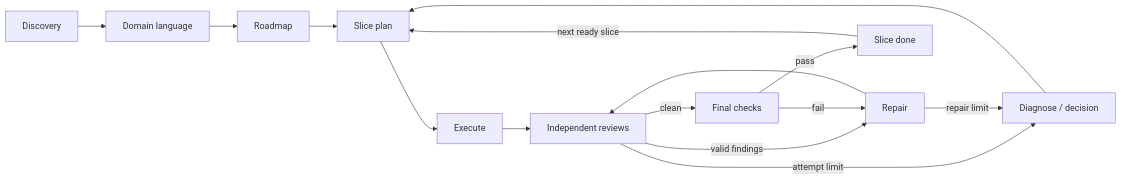
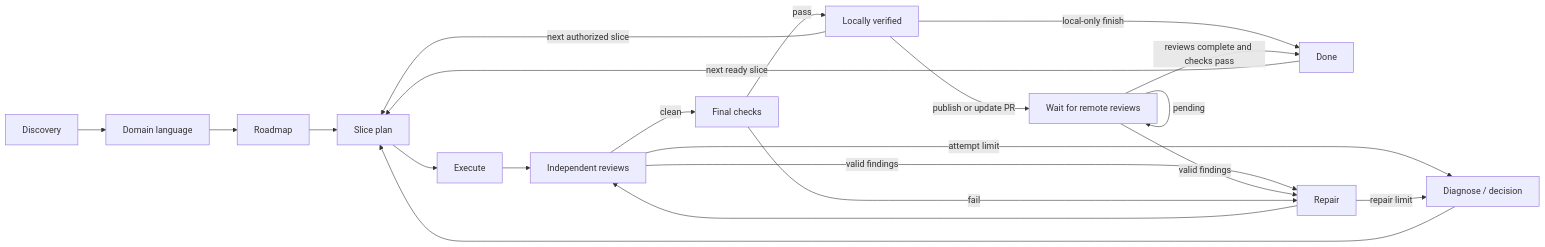
One commit to alex-bako/workflow changed the diagram in README.md. Above: the diagram before and after it, drawn with Mermaid. The commit also changed other lines of this file and 12 other files, not shown here.

````diff
--- a/README.md
+++ b/README.md
@@ -136,17 +143,23 @@
 ```mermaid
 flowchart LR
   D[Discovery] --> U[Domain language]
   U --> R[Roadmap]
   R --> P[Slice plan]
   P --> E[Execute]
   E --> V[Independent reviews]
   V -->|clean| T[Final checks]
   V -->|valid findings| F[Repair]
   F --> V
-  T -->|pass| Done[Slice done]
+  T -->|pass| Ready[Locally verified]
+  Ready -->|local-only finish| Done[Done]
+  Ready -->|publish or update PR| PR[Wait for remote reviews]
+  PR -->|pending| PR
+  PR -->|valid findings| F
+  PR -->|reviews complete and checks pass| Done
+  Ready -->|next authorized slice| P
   T -->|fail| F
   V -->|attempt limit| X[Diagnose / decision]
   F -->|repair limit| X
   X --> P
   Done -->|next ready slice| P
 ```
````
